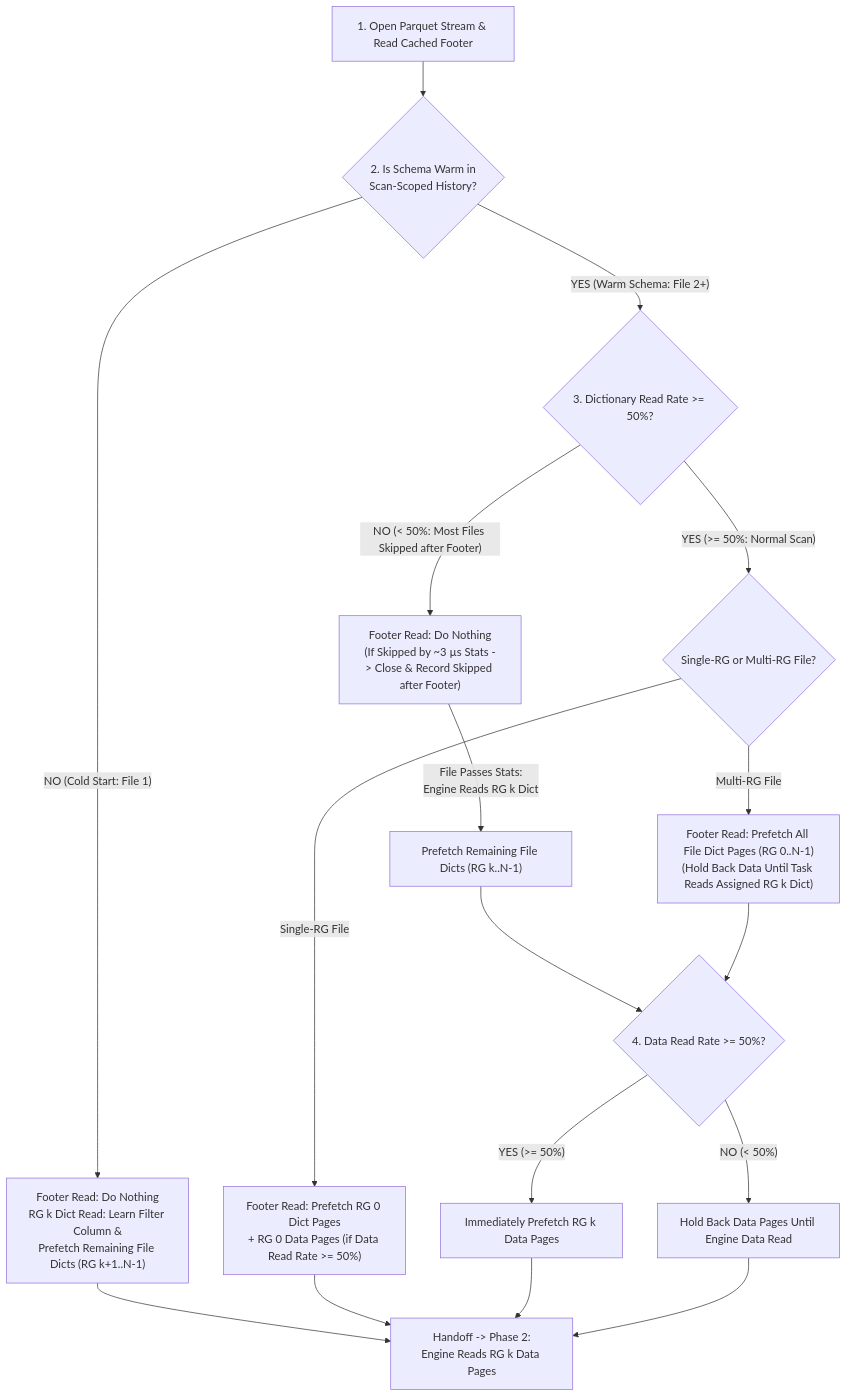
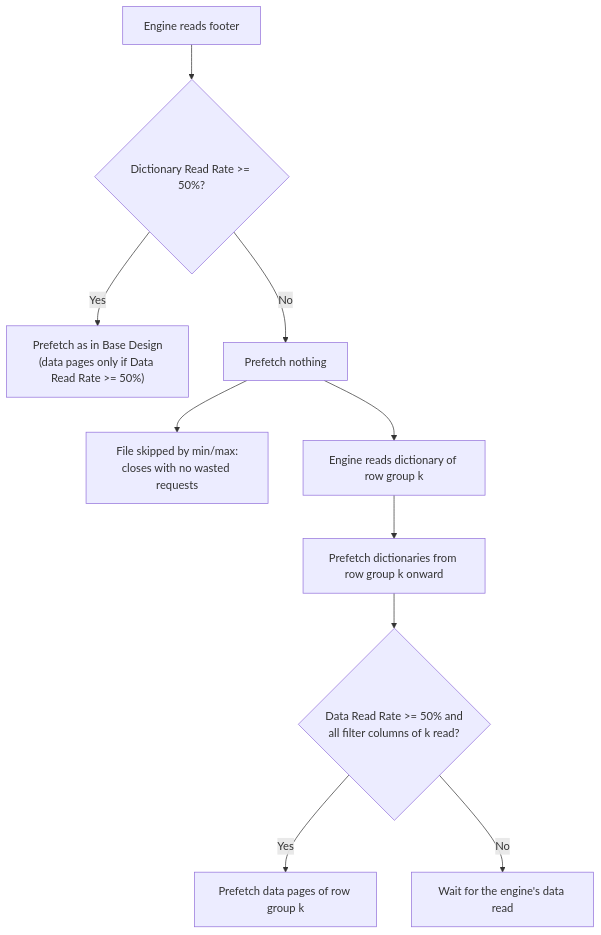
One commit to prudhvimaharishi/gcs-analytics-core changed the fifth of 8 diagrams in .agents/predictive_prefetching_design_doc.md. Above: the diagram before and after it, drawn with Mermaid. The commit also changed other lines of this file, not shown here.

First line of the commit message:
docs: restructure prefetching design HLD and LLD

````diff
--- a/.agents/predictive_prefetching_design_doc.md
+++ b/.agents/predictive_prefetching_design_doc.md
@@ -198,24 +220,12 @@
 ```mermaid
 flowchart TD
-    Open["1. Open Parquet Stream & Read Cached Footer"] --> IsWarm{"2. Is Schema Warm in<br/>Scan-Scoped History?"}
-
-    %% Cold Start
-    IsWarm -- "NO (Cold Start: File 1)" --> ColdFlow["Footer Read: Do Nothing<br/>RG k Dict Read: Learn Filter Column &<br/>Prefetch Remaining File Dicts (RG k+1..N-1)"]
-    ColdFlow --> ToPhase2["Handoff -> Phase 2:<br/>Engine Reads RG k Data Pages"]
-
-    %% Warm Schema
-    IsWarm -- "YES (Warm Schema: File 2+)" --> FooterGate{"3. Dictionary Read Rate >= 50%?"}
-
-    FooterGate -- "NO (< 50%: Most Files Skipped after Footer)" --> Suppress["Footer Read: Do Nothing<br/>(If Skipped by ~3 µs Stats -> Close & Record Skipped after Footer)"]
-    Suppress -- "File Passes Stats:<br/>Engine Reads RG k Dict" --> LowDict["Prefetch Remaining File Dicts (RG k..N-1)"]
-    LowDict --> DictGate{"4. Data Read Rate >= 50%?"}
-
-    FooterGate -- "YES (>= 50%: Normal Scan)" --> Shape{"Single-RG or Multi-RG File?"}
-    Shape -- "Single-RG File" --> SingleFooter["Footer Read: Prefetch RG 0 Dict Pages<br/>+ RG 0 Data Pages (if Data Read Rate >= 50%)"]
-    SingleFooter --> ToPhase2
-    Shape -- "Multi-RG File" --> MultiFooter["Footer Read: Prefetch All File Dict Pages (RG 0..N-1)<br/>(Hold Back Data Until Task Reads Assigned RG k Dict)"]
-    MultiFooter --> DictGate
-
-    DictGate -- "YES (>= 50%)" --> PrefetchData["Immediately Prefetch RG k Data Pages"] --> ToPhase2
-    DictGate -- "NO (< 50%)" --> HoldData["Hold Back Data Pages Until Engine Data Read"] --> ToPhase2
+    Footer["Engine reads footer"] --> G1{"Dictionary Read Rate >= 50%?"}
+    G1 -- "Yes" --> BaseFooter["Prefetch as in Base Design<br/>(data pages only if Data Read Rate >= 50%)"]
+    G1 -- "No" --> Wait["Prefetch nothing"]
+    Wait --> Closed["File skipped by min/max:<br/>closes with no wasted requests"]
+    Wait --> Dict["Engine reads dictionary of row group k"]
+    Dict --> Dicts["Prefetch dictionaries from row group k onward"]
+    Dicts --> G2{"Data Read Rate >= 50% and<br/>all filter columns of k read?"}
+    G2 -- "Yes" --> Data["Prefetch data pages of row group k"]
+    G2 -- "No" --> Hold["Wait for the engine's data read"]
 ```
````
